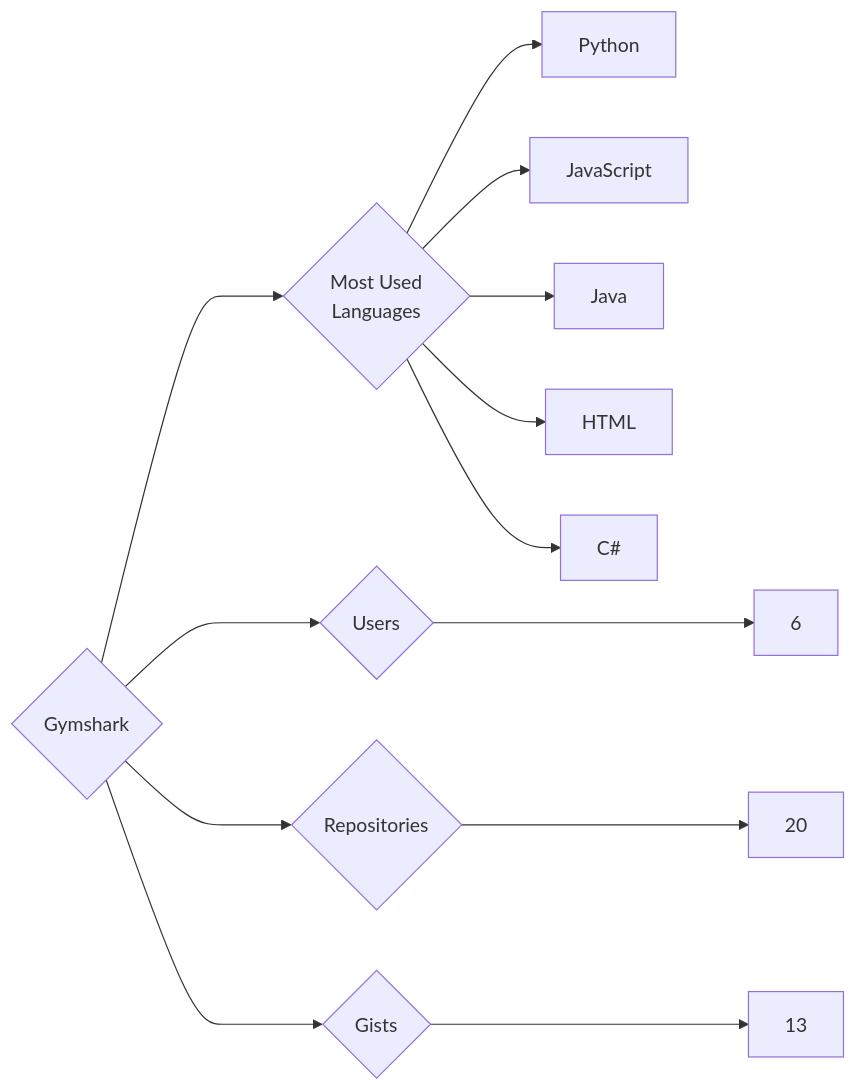
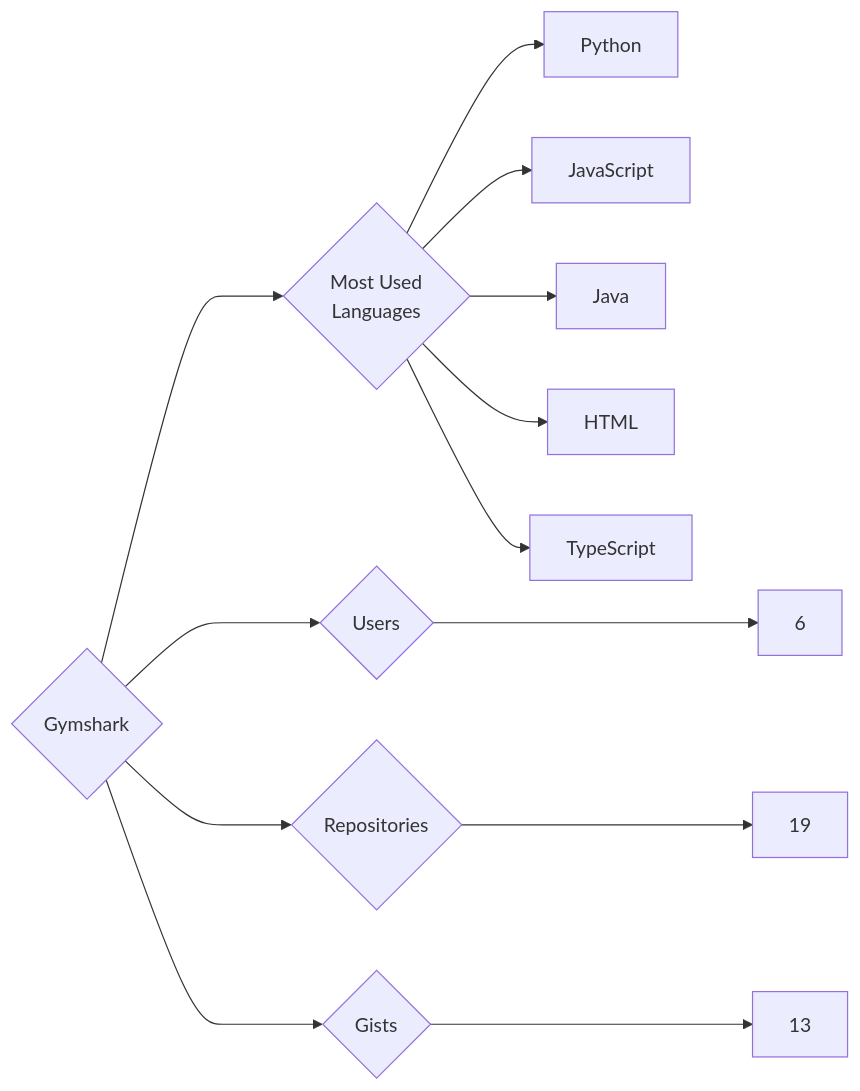
One commit to trickest/insiders changed the diagram in targets/Gymshark/README.md. Above: the diagram before and after it, drawn with Mermaid. The commit also changed 942 other files, not shown here.

````diff
--- a/targets/Gymshark/README.md
+++ b/targets/Gymshark/README.md
@@ -3,13 +3,13 @@
 ```mermaid
 graph LR
 COMPANY_NAME{Gymshark}
 COMPANY_NAME ---> U{Users} ---> UN[6]
-COMPANY_NAME ---> R{Repositories} ---> RN[20]
+COMPANY_NAME ---> R{Repositories} ---> RN[19]
 COMPANY_NAME ---> G{Gists} ---> GN[13]
 COMPANY_NAME ---> ML{Most Used<br>Languages}
 ML --> Python[Python]
 ML --> JavaScript[JavaScript]
 ML --> Java[Java]
 ML --> HTML[HTML]
-ML --> C#[C#]
+ML --> TypeScript[TypeScript]
 ```
````
